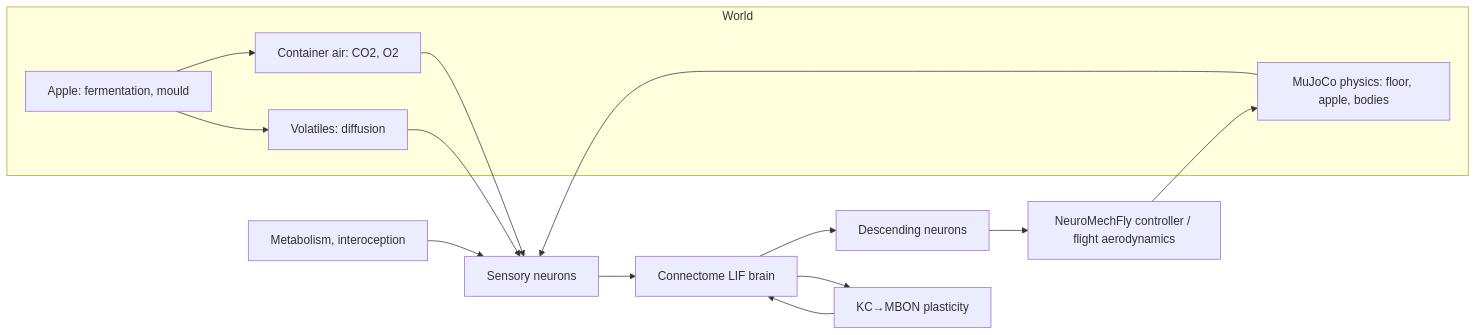
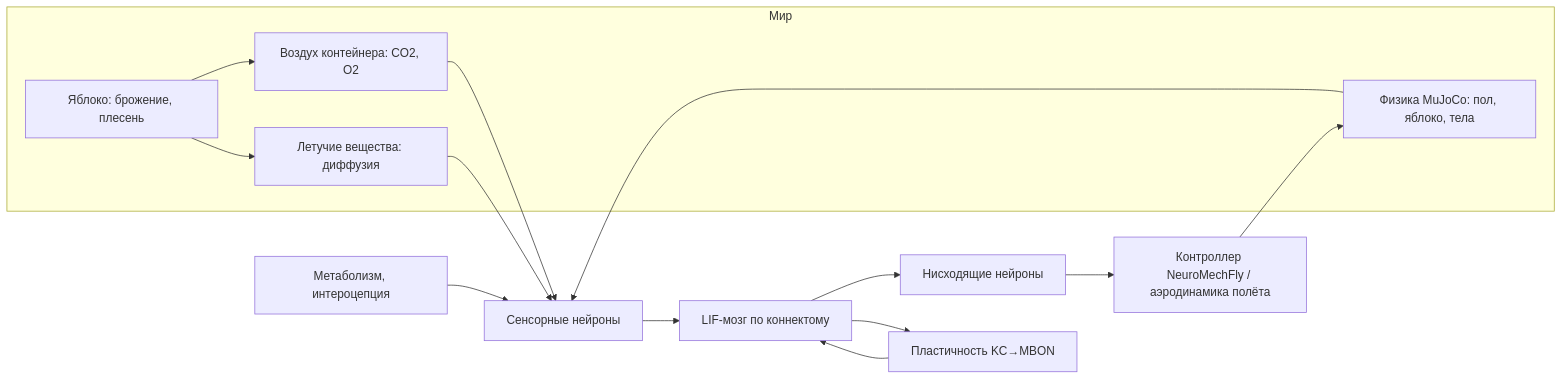
Before and after one commit to Excess-Lab/Fly-Sim: the diagram in README.md, drawn with Mermaid. The commit also changed other lines of this file and 3 other files, not shown here.

````diff
--- a/README.md
+++ b/README.md
@@ -177,18 +182,18 @@
 ```mermaid
 flowchart LR
-  subgraph World
-    A[Apple: fermentation, mould] --> AIR[Container air: CO2, O2]
-    A --> OD[Volatiles: diffusion]
-    PHY[MuJoCo physics: floor, apple, bodies]
+  subgraph Мир
+    A[Яблоко: брожение, плесень] --> AIR[Воздух контейнера: CO2, O2]
+    A --> OD[Летучие вещества: диффузия]
+    PHY[Физика MuJoCo: пол, яблоко, тела]
   end
-  OD --> S[Sensory neurons]
+  OD --> S[Сенсорные нейроны]
   AIR --> S
   PHY --> S
-  S --> B[Connectome LIF brain]
-  M[Metabolism, interoception] --> S
-  B --> DN[Descending neurons]
-  DN --> C[NeuroMechFly controller / flight aerodynamics]
+  S --> B[LIF-мозг по коннектому]
+  M[Метаболизм, интероцепция] --> S
+  B --> DN[Нисходящие нейроны]
+  DN --> C[Контроллер NeuroMechFly / аэродинамика полёта]
   C --> PHY
-  B --> P[KC→MBON plasticity]
+  B --> P[Пластичность KC→MBON]
   P --> B
 ```
````
